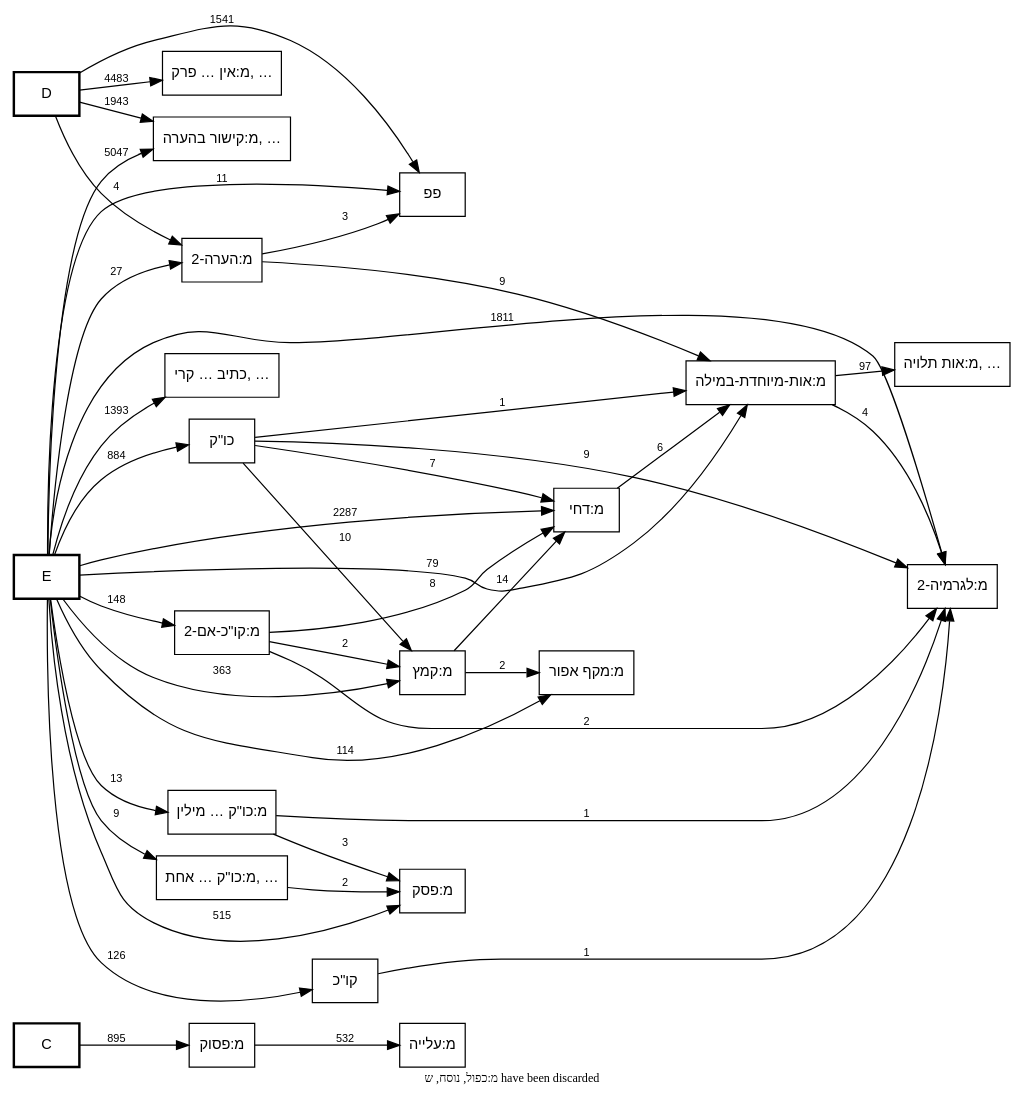
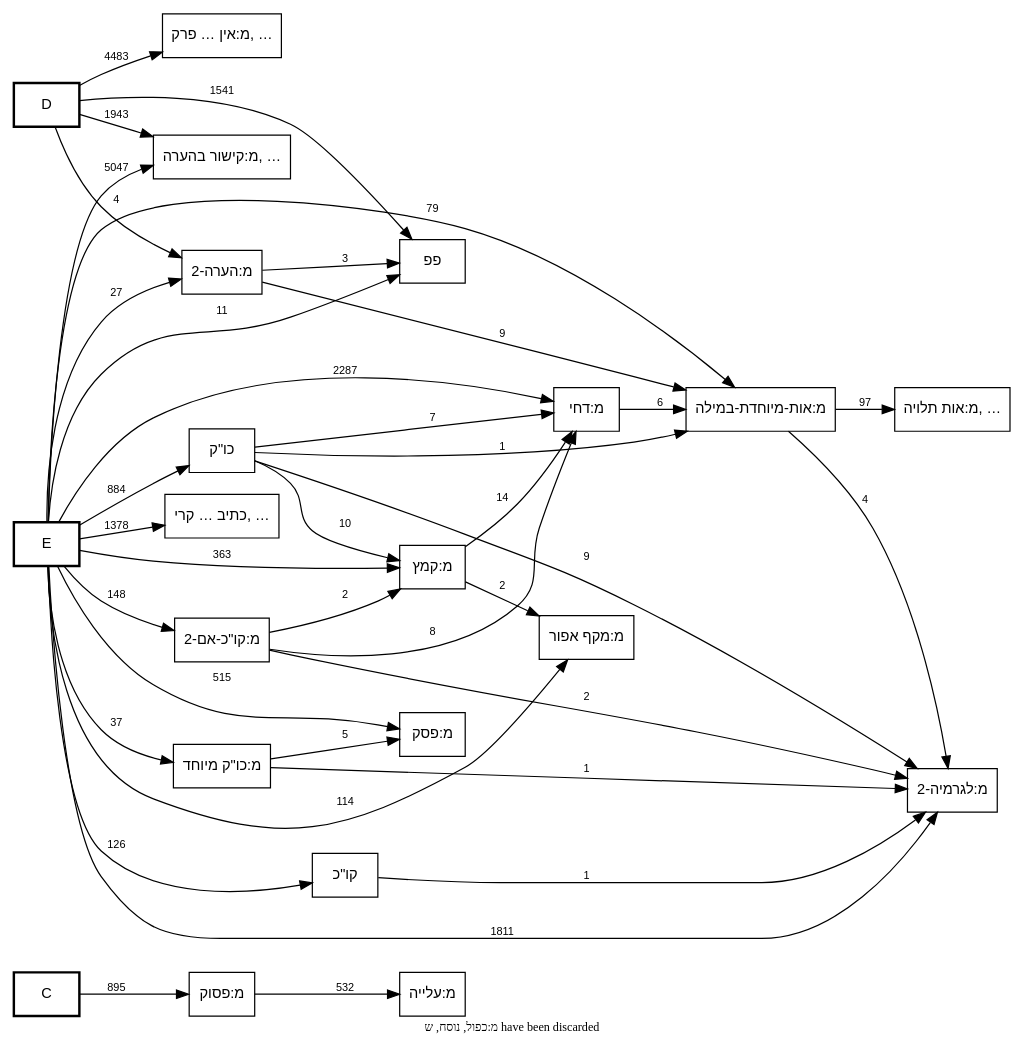
Before and after one commit to bdenckla/MAM-basics: the diagram in out/MAM-tmpl-survey/plus-call-graph.dot, drawn with Graphviz. The commit also changed 3 other files, not shown here.

Commit message:
regen graphviz .dot files

```diff
--- a/out/MAM-tmpl-survey/plus-call-graph.dot
+++ b/out/MAM-tmpl-survey/plus-call-graph.dot
@@ -1,92 +1,81 @@
 digraph template_call_graph {
     rankdir=LR;
     node [fontname="SBL Hebrew,Helvetica", fontsize=12];
     edge [fontname="Helvetica", fontsize=9];
 
     // Column nodes
     node [shape=box, style=bold];
     "C";
     "D";
     "E";
 
     // Template nodes
     node [shape=box, style=""];
     "כתיב … קרי, …" [tooltip="כתיב ולא קרי
-מ:כו\"ק בין שני מקפים
-מ:כו\"ק כתיב מילה חדה וקרי תרתין מילין בין שני מקפים
-מ:כו\"ק כתיב תרתין מילין וקרי מילה חדה
-מ:כו\"ק קרי שונה מהכתיב בשתי מילים
-מ:כו\"ק של שלוש מילים בהערה אחת
 מ:נו\"ן הפוכה
 מ:צינור
-מ:קו\"כ קרי שונה מהכתיב בשתי מילים
 מ:קישור פנימי בהערה
 מודגש
 קרי ולא כתיב
 ר0
 ר2
 ר3"];
     "מ:אות תלויה, …" [tooltip="מ:אות תלויה
 מ:אות-ג
 מ:אות-ק"];
     "מ:אין … פרק, …" [tooltip="מ:אין פרשה בתחילת פרק
 מ:אין פרשה בתחילת פרק בספרי אמ\"ת
 מ:אין רווח של פרשה בתחילת פרשת השבוע
 מ:ספר חדש
 מ:רווח בתרי עשר בפסוק הראשון
 מ:רווח לספר בתהלים בפסוק הראשון
 ר4"];
-    "מ:כו\"ק כתיב מילה חדה וקרי תרתין מילין" [label="מ:כו\"ק … מילין", tooltip="מ:כו\"ק כתיב מילה חדה וקרי תרתין מילין"];
-    "מ:כו\"ק … אחת, …" [tooltip="מ:כו\"ק של שתי מילים בהערה אחת
-מ:קו\"כ כתיב מילה חדה וקרי תרתין מילין"];
     "מ:קישור בהערה, …" [tooltip="מ:קישור בהערה
 מ:ששש
 סס
 ססס
 פפפ
 ר1"];
 
     // Note
     graph [label="מ:כפול, נוסח, ש have been discarded", labelloc=b, fontsize=10];
 
     // Edges
     "C" -> "מ:פסוק" [label="895"];
     "D" -> "מ:אין … פרק, …" [label="4483"];
     "D" -> "מ:הערה-2" [label="4"];
     "D" -> "מ:קישור בהערה, …" [label="1943"];
     "D" -> "פפ" [label="1541"];
     "E" -> "כו\"ק" [label="884"];
-    "E" -> "כתיב … קרי, …" [label="1393"];
+    "E" -> "כתיב … קרי, …" [label="1378"];
     "E" -> "מ:אות-מיוחדת-במילה" [label="79"];
     "E" -> "מ:דחי" [label="2287"];
     "E" -> "מ:הערה-2" [label="27"];
-    "E" -> "מ:כו\"ק כתיב מילה חדה וקרי תרתין מילין" [label="13"];
-    "E" -> "מ:כו\"ק … אחת, …" [label="9"];
+    "E" -> "מ:כו\"ק מיוחד" [label="37"];
     "E" -> "מ:לגרמיה-2" [label="1811"];
     "E" -> "מ:מקף אפור" [label="114"];
     "E" -> "מ:פסק" [label="515"];
     "E" -> "מ:קו\"כ-אם-2" [label="148"];
     "E" -> "מ:קישור בהערה, …" [label="5047"];
     "E" -> "מ:קמץ" [label="363"];
     "E" -> "פפ" [label="11"];
     "E" -> "קו\"כ" [label="126"];
     "כו\"ק" -> "מ:אות-מיוחדת-במילה" [label="1"];
     "כו\"ק" -> "מ:דחי" [label="7"];
     "כו\"ק" -> "מ:לגרמיה-2" [label="9"];
     "כו\"ק" -> "מ:קמץ" [label="10"];
     "מ:אות-מיוחדת-במילה" -> "מ:אות תלויה, …" [label="97"];
     "מ:אות-מיוחדת-במילה" -> "מ:לגרמיה-2" [label="4"];
     "מ:דחי" -> "מ:אות-מיוחדת-במילה" [label="6"];
     "מ:הערה-2" -> "מ:אות-מיוחדת-במילה" [label="9"];
     "מ:הערה-2" -> "פפ" [label="3"];
-    "מ:כו\"ק כתיב מילה חדה וקרי תרתין מילין" -> "מ:לגרמיה-2" [label="1"];
-    "מ:כו\"ק כתיב מילה חדה וקרי תרתין מילין" -> "מ:פסק" [label="3"];
-    "מ:כו\"ק … אחת, …" -> "מ:פסק" [label="2"];
+    "מ:כו\"ק מיוחד" -> "מ:לגרמיה-2" [label="1"];
+    "מ:כו\"ק מיוחד" -> "מ:פסק" [label="5"];
     "מ:פסוק" -> "מ:עלייה" [label="532"];
     "מ:קו\"כ-אם-2" -> "מ:דחי" [label="8"];
     "מ:קו\"כ-אם-2" -> "מ:לגרמיה-2" [label="2"];
     "מ:קו\"כ-אם-2" -> "מ:קמץ" [label="2"];
     "מ:קמץ" -> "מ:דחי" [label="14"];
     "מ:קמץ" -> "מ:מקף אפור" [label="2"];
     "קו\"כ" -> "מ:לגרמיה-2" [label="1"];
 }
```
